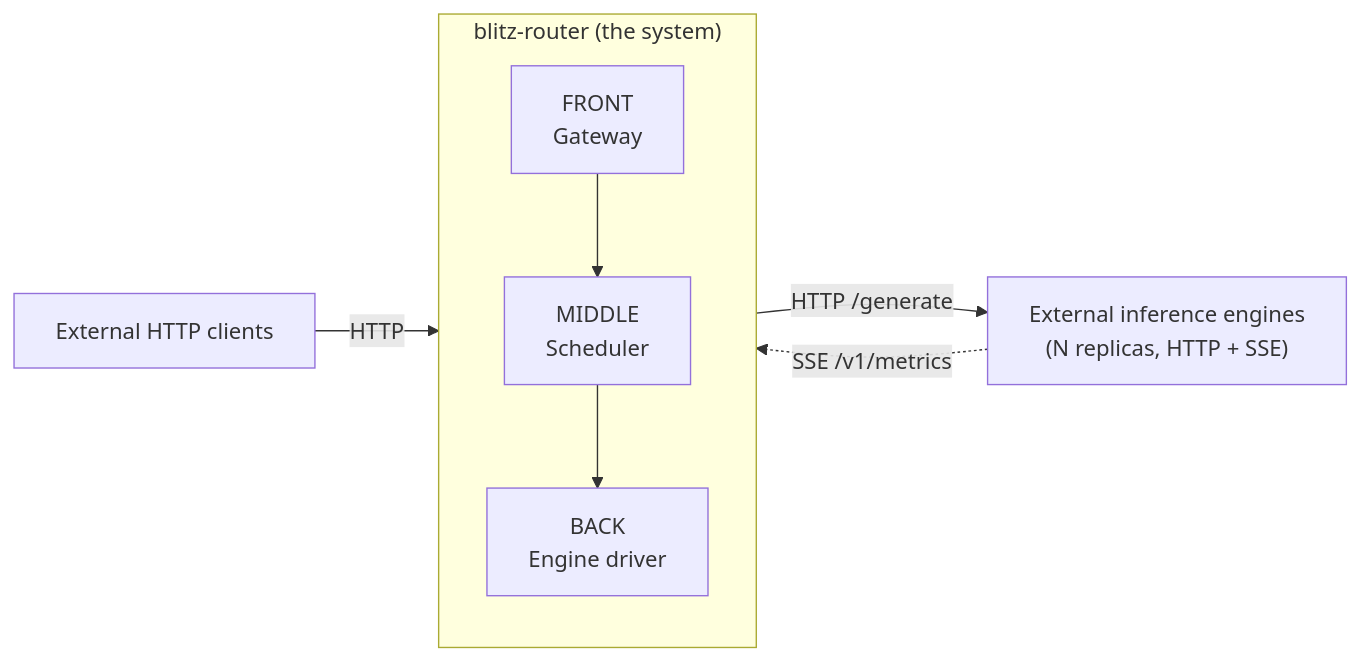
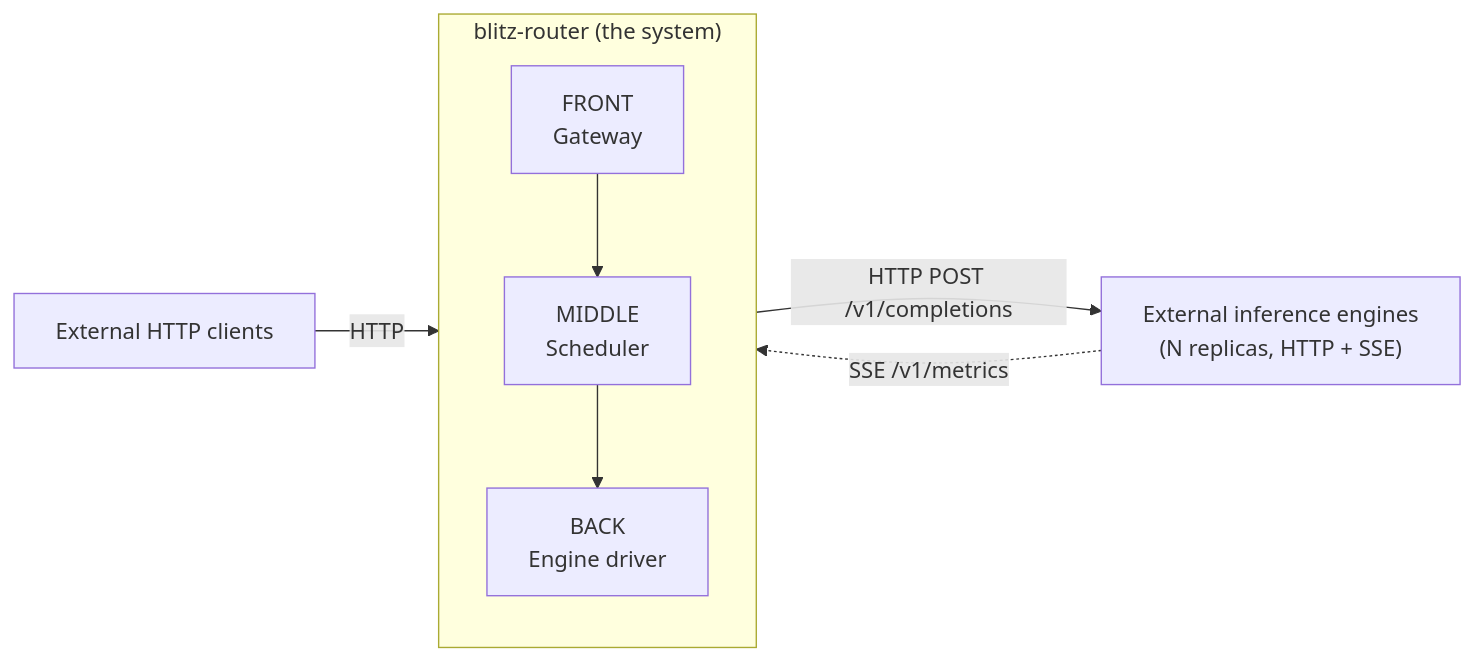
Before and after one commit to blitz-serving/blitz-router: the first of 9 diagrams in docs/architecture.md, drawn with Mermaid. The commit also changed other lines of this file, not shown here.

````diff
--- a/docs/architecture.md
+++ b/docs/architecture.md
@@ -27,16 +33,16 @@
 ```mermaid
 graph LR
     Cli["External HTTP clients"]
     subgraph Router_System["blitz-router (the system)"]
         direction TB
         Front["FRONT<br/>Gateway"]
         Middle["MIDDLE<br/>Scheduler"]
         Back["BACK<br/>Engine driver"]
         Front --> Middle --> Back
     end
     Eng["External inference engines<br/>(N replicas, HTTP + SSE)"]
 
     Cli -- HTTP --> Front
-    Back -- HTTP /generate --> Eng
+    Back -- HTTP POST /v1/completions --> Eng
     Eng -. SSE /v1/metrics .-> Back
 ```
````
